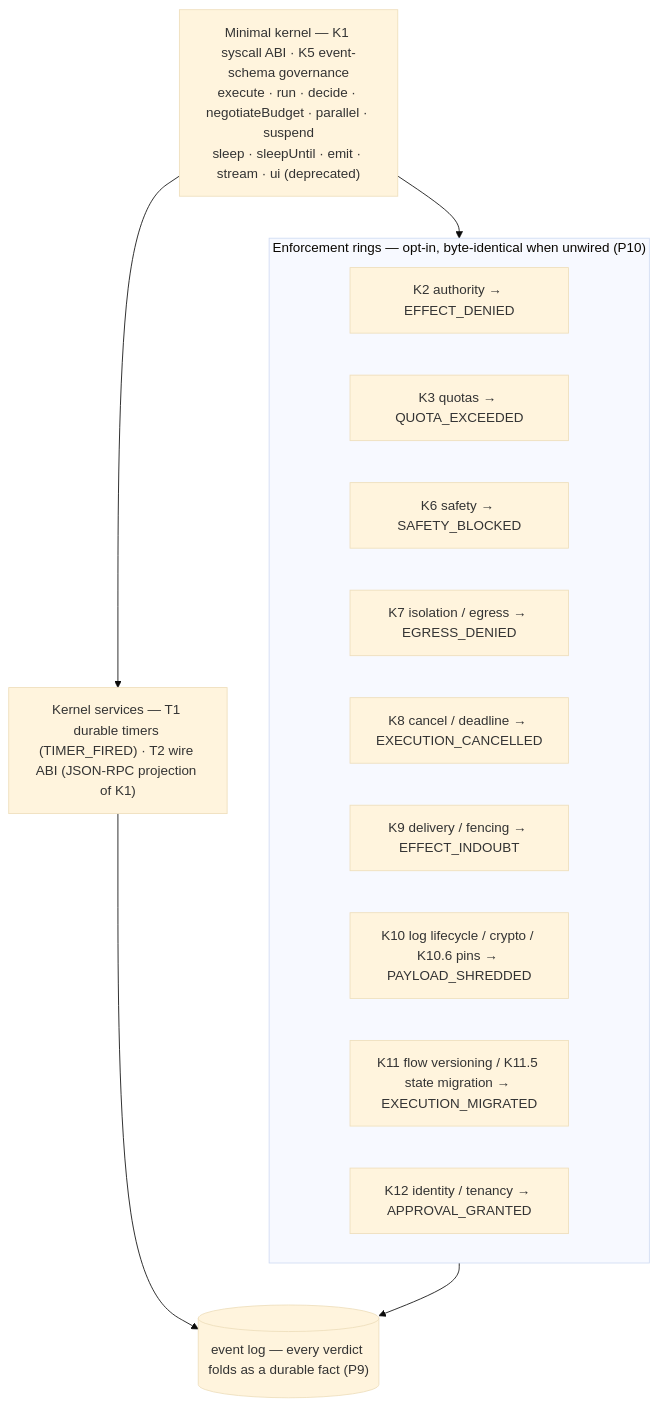
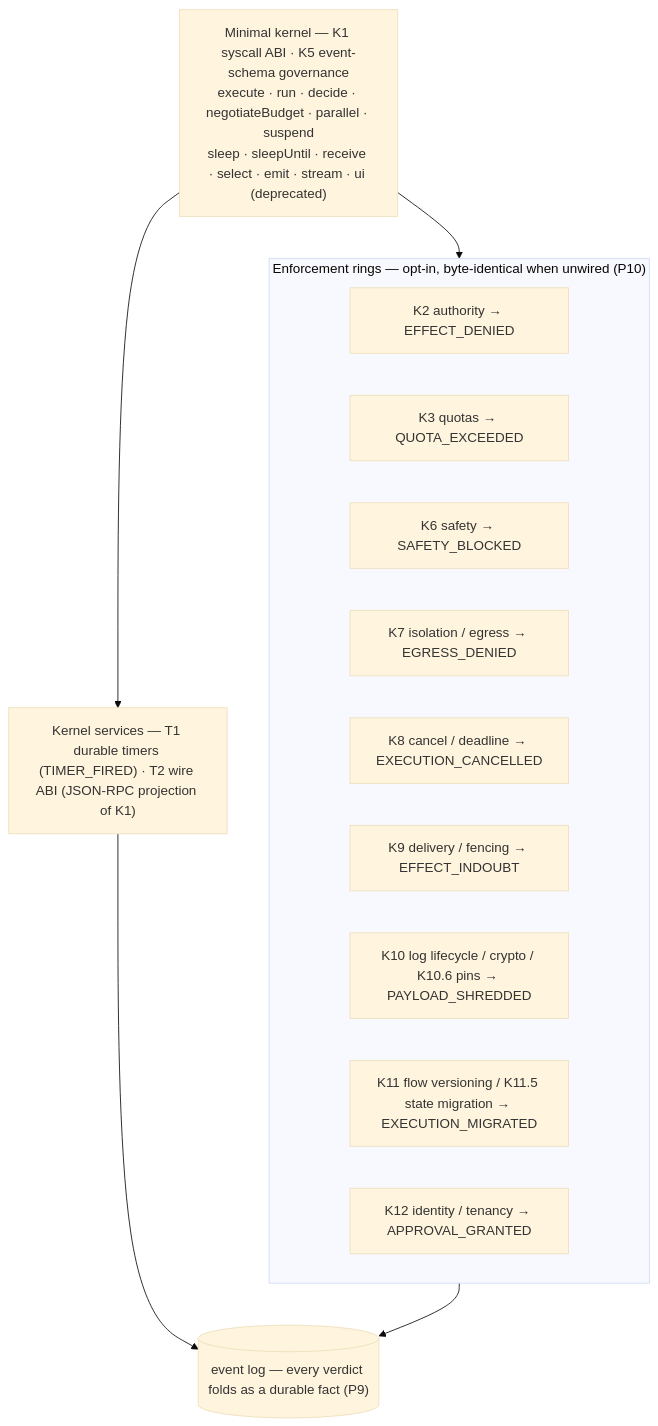
Before and after one commit to chhetrisushil/loom: diagram 11 of 13 in docs/architecture.md, drawn with Mermaid (base theme). The commit also changed other lines of this file and 45 other files, not shown here.

````diff
--- a/docs/architecture.md
+++ b/docs/architecture.md
@@ -365,23 +365,23 @@
 ```mermaid
 flowchart TB
-  Sys["Minimal kernel — K1 syscall ABI · K5 event-schema governance<br/>execute · run · decide · negotiateBudget · parallel · suspend<br/>sleep · sleepUntil · emit · stream · ui (deprecated)"]
+  Sys["Minimal kernel — K1 syscall ABI · K5 event-schema governance<br/>execute · run · decide · negotiateBudget · parallel · suspend<br/>sleep · sleepUntil · receive · select · emit · stream · ui (deprecated)"]
 
   subgraph Rings["Enforcement rings — opt-in, byte-identical when unwired (P10)"]
     K2["K2 authority → EFFECT_DENIED"]
     K3["K3 quotas → QUOTA_EXCEEDED"]
     K6["K6 safety → SAFETY_BLOCKED"]
     K7["K7 isolation / egress → EGRESS_DENIED"]
     K8["K8 cancel / deadline → EXECUTION_CANCELLED"]
     K9["K9 delivery / fencing → EFFECT_INDOUBT"]
     K10["K10 log lifecycle / crypto / K10.6 pins → PAYLOAD_SHREDDED"]
     K11["K11 flow versioning / K11.5 state migration → EXECUTION_MIGRATED"]
     K12["K12 identity / tenancy → APPROVAL_GRANTED"]
   end
 
   Svc["Kernel services — T1 durable timers (TIMER_FIRED) · T2 wire ABI (JSON-RPC projection of K1)"]
 
   Sys --> Rings
   Sys --> Svc
   Rings --> Log[("event log — every verdict folds as a durable fact (P9)")]
   Svc --> Log
 ```
````
